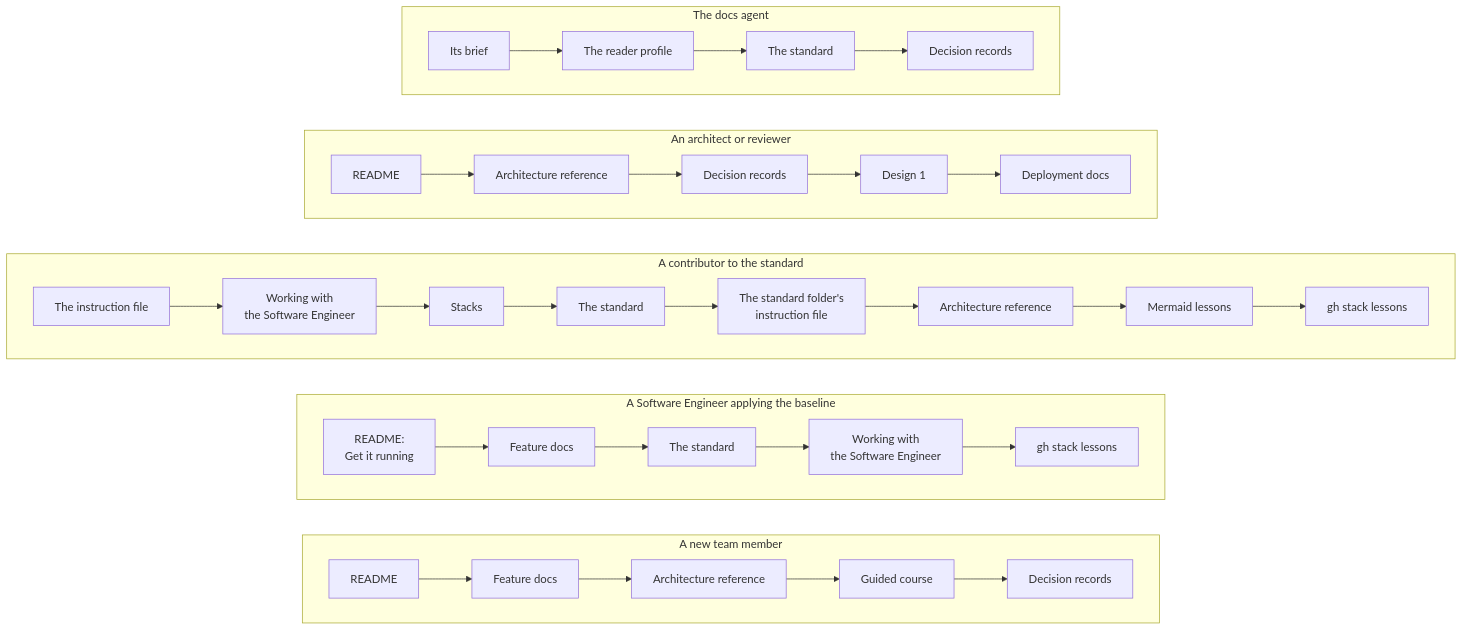
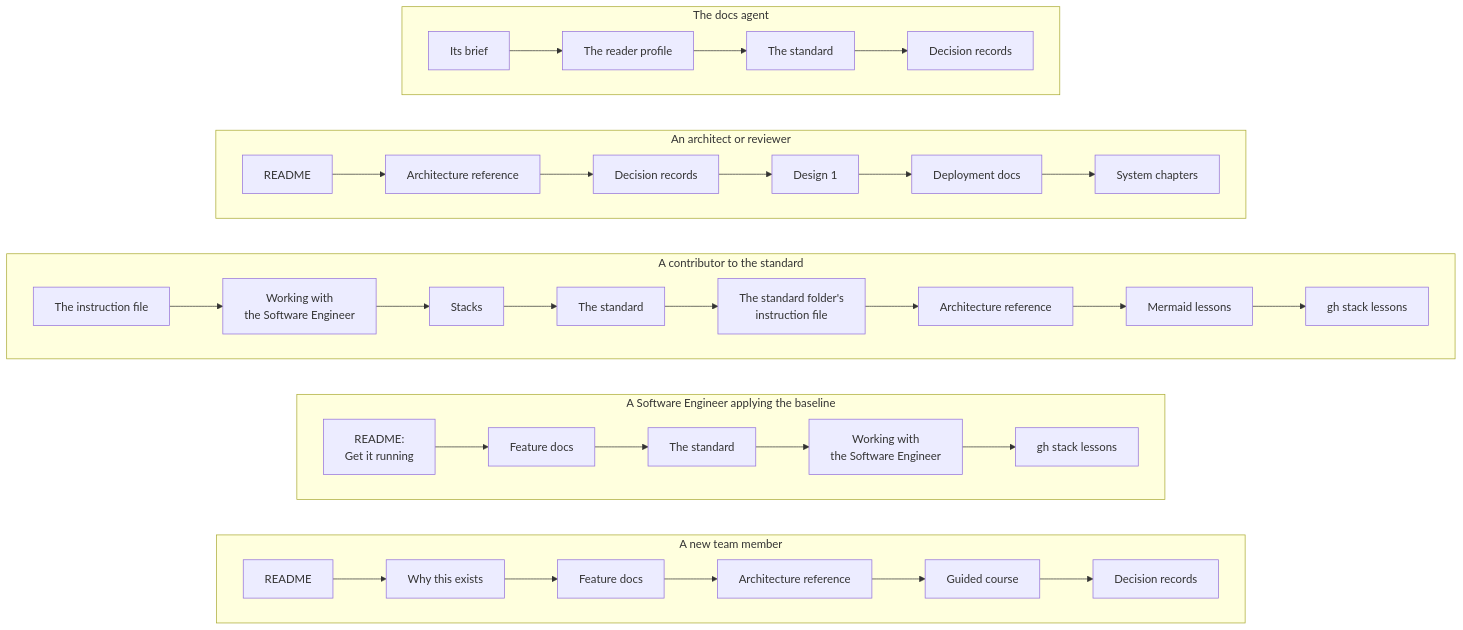
The diagram in docs/reader-profile.md (chandanbsd/baseline-framework), drawn with Mermaid before and after one commit. The commit also changed other lines of this file and 38 other files, not shown here.

First line of the commit message:
docs: link the system chapters from the reference documents and the indexes

````diff
--- a/docs/reader-profile.md
+++ b/docs/reader-profile.md
@@ -120,23 +120,23 @@
 ```mermaid
 flowchart LR
     subgraph NH["A new team member"]
         direction LR
-        N1["README"] --> N2["Feature docs"] --> N3["Architecture reference"] --> N5["Guided course"] --> N4["Decision records"]
+        N1["README"] --> N0["Why this exists"] --> N2["Feature docs"] --> N3["Architecture reference"] --> N5["Guided course"] --> N4["Decision records"]
     end
     subgraph SE["A Software Engineer applying the baseline"]
         direction LR
         S1["README:<br/>Get it running"] --> S2["Feature docs"] --> S3["The standard"] --> S4["Working with<br/>the Software Engineer"] --> S5["gh stack lessons"]
     end
     subgraph CO["A contributor to the standard"]
         direction LR
         C1["The instruction file"] --> C2["Working with<br/>the Software Engineer"] --> C3["Stacks"] --> C4["The standard"] --> CS["The standard folder's<br/>instruction file"] --> C5["Architecture reference"] --> C6["Mermaid lessons"] --> C7["gh stack lessons"]
     end
     subgraph AR["An architect or reviewer"]
         direction LR
-        A1["README"] --> A2["Architecture reference"] --> A3["Decision records"] --> A4["Design 1"] --> A5["Deployment docs"]
+        A1["README"] --> A2["Architecture reference"] --> A3["Decision records"] --> A4["Design 1"] --> A5["Deployment docs"] --> A6["System chapters"]
     end
     subgraph DA["The docs agent"]
         direction LR
         D1["Its brief"] --> D2["The reader profile"] --> D3["The standard"] --> D4["Decision records"]
     end
 ```
````
